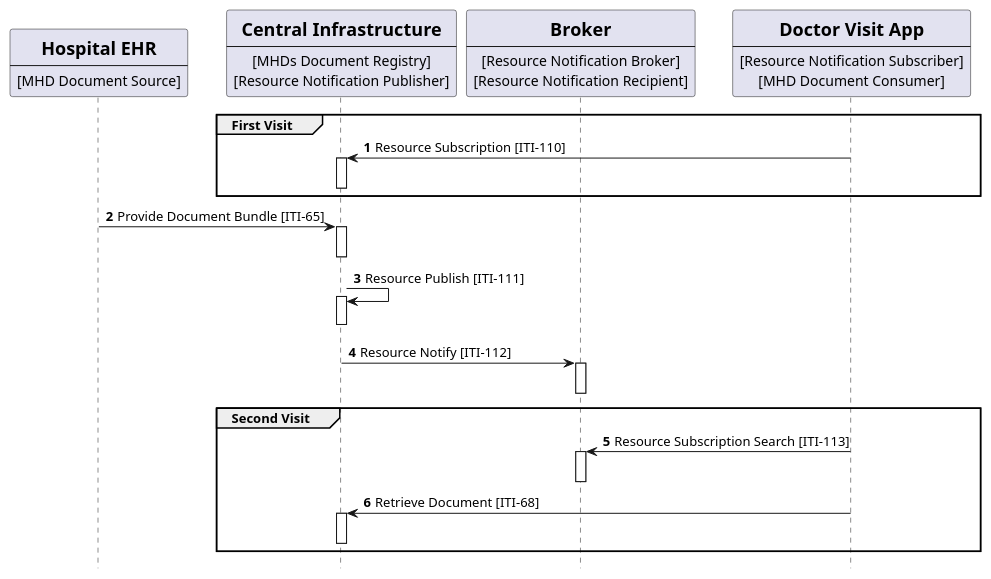
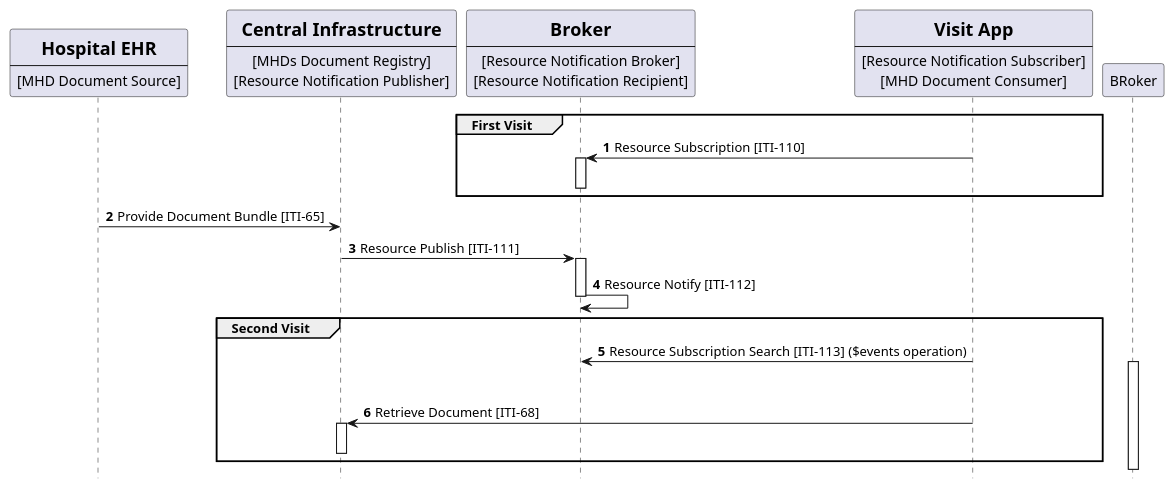
One commit to IHE/ITI.DSUBm changed the diagram in input/images-source/usecase7-processflow.plantuml. Above: the diagram before and after it, drawn with PlantUML. The commit also changed 7 other files, not shown here.

```diff
--- a/input/images-source/usecase7-processflow.plantuml
+++ b/input/images-source/usecase7-processflow.plantuml
@@ -1,63 +1,56 @@
 @startuml
 skinparam svgDimensionStyle false
 hide footbox
 
 /'title "Subscription with DSUBm on MHDs infrastructure with pull notification" '/
-
 participant HospitalEHR [
     = Hospital EHR
     ----
     [MHD Document Source]
 ] 
 
 participant MHDsDocumentRegistry [
     =Central Infrastructure
     ----
     [MHDs Document Registry]
     [Resource Notification Publisher]
 ] 
 
 participant Broker[
     = Broker
     ----
     [Resource Notification Broker]
     [Resource Notification Recipient]
 ]
 
 participant App [
-    = Doctor Visit App
+    = Visit App
     ----
     [Resource Notification Subscriber]
     [MHD Document Consumer]
 ] 
 
-
 autonumber "<b>"
-
 group First Visit
-  App -> MHDsDocumentRegistry:   Resource Subscription [ITI-110]
-  activate MHDsDocumentRegistry
-  deactivate MHDsDocumentRegistry
+  App -> Broker:   Resource Subscription [ITI-110]
+  activate Broker
+  deactivate Broker
 end
 HospitalEHR -> MHDsDocumentRegistry:  Provide Document Bundle [ITI-65]
-activate MHDsDocumentRegistry
-deactivate MHDsDocumentRegistry
-MHDsDocumentRegistry -> MHDsDocumentRegistry : Resource Publish [ITI-111]
-activate MHDsDocumentRegistry
-deactivate MHDsDocumentRegistry
-
-MHDsDocumentRegistry -> Broker: Resource Notify [ITI-112]
+MHDsDocumentRegistry -> Broker : Resource Publish [ITI-111]
 activate Broker
+Broker -> Broker : Resource Notify [ITI-112]
 deactivate Broker
 
+
 group Second Visit
-  App -> Broker: Resource Subscription Search [ITI-113]
-  activate Broker
-  deactivate Broker
+  App -> Broker: Resource Subscription Search [ITI-113] ($events operation)
+  activate BRoker
+  deactivate MHDsDocumentRegistry
   App -> MHDsDocumentRegistry: Retrieve Document [ITI-68]
   activate MHDsDocumentRegistry
   deactivate MHDsDocumentRegistry
 end
 
 
 @enduml
```
